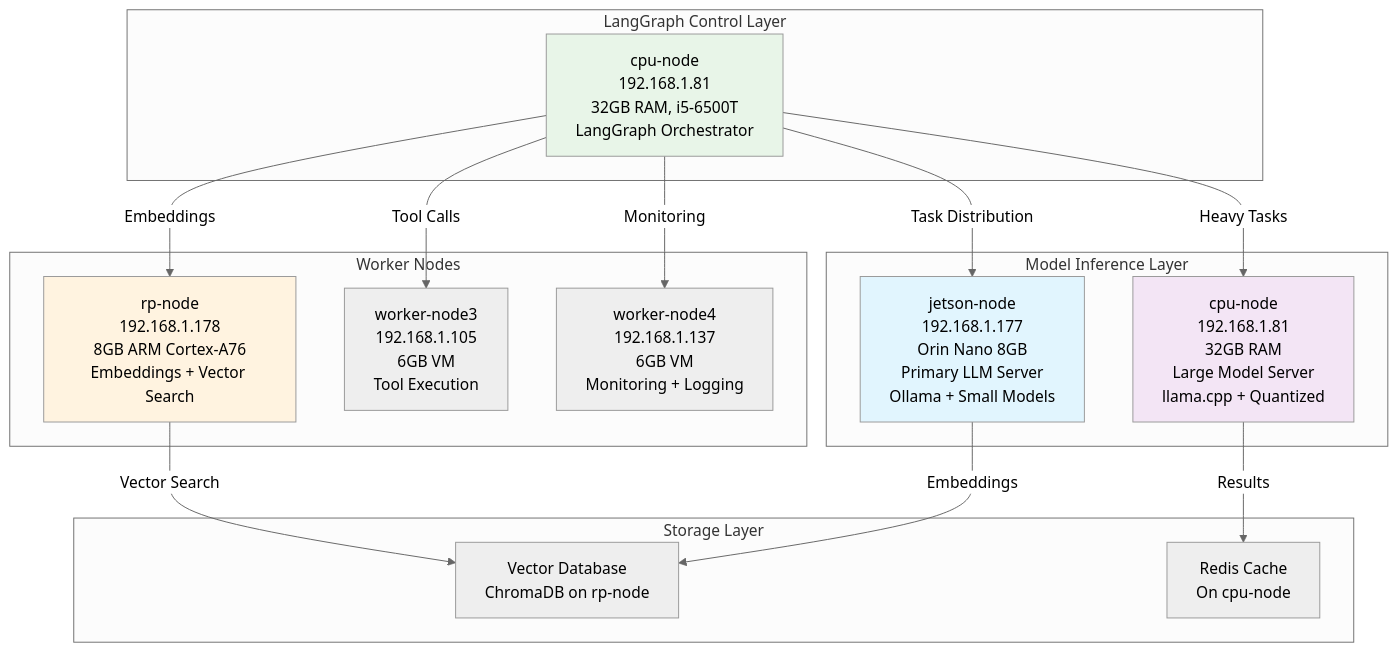
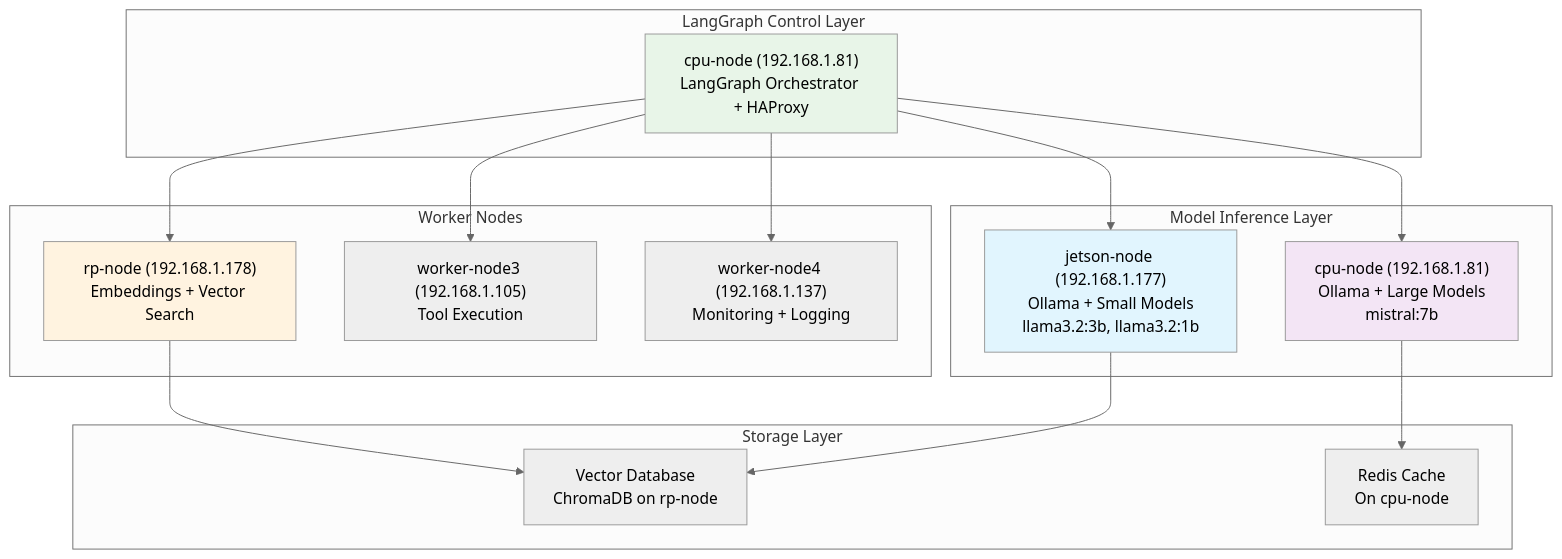
The first of 6 diagrams in docs/architecture_diagrams.md (pavelkushtia/LangGraph), drawn with Mermaid (neutral theme) before and after one commit. The commit also changed other lines of this file and 2 other files, not shown here.

Commit message:
embeddings docs

````diff
--- a/docs/architecture_diagrams.md
+++ b/docs/architecture_diagrams.md
@@ -7,37 +7,37 @@
 ```mermaid
 graph TB
     subgraph "LangGraph Control Layer"
-        LG[cpu-node<br/>192.168.1.81<br/>32GB RAM, i5-6500T<br/>LangGraph Orchestrator]
+        LG["cpu-node (192.168.1.81)<br/>LangGraph Orchestrator + HAProxy"]
     end
     
     subgraph "Model Inference Layer"
-        JO[jetson-node<br/>192.168.1.177<br/>Orin Nano 8GB<br/>Primary LLM Server<br/>Ollama + Small Models]
-        CPU32[cpu-node<br/>192.168.1.81<br/>32GB RAM<br/>Large Model Server<br/>llama.cpp + Quantized]
+        JO["jetson-node (192.168.1.177)<br/>Ollama + Small Models<br/>llama3.2:3b, llama3.2:1b"]
+        CPU32["cpu-node (192.168.1.81)<br/>Ollama + Large Models<br/>mistral:7b"]
     end
     
     subgraph "Worker Nodes"
-        RPI[rp-node<br/>192.168.1.178<br/>8GB ARM Cortex-A76<br/>Embeddings + Vector Search]
-        W3[worker-node3<br/>192.168.1.105<br/>6GB VM<br/>Tool Execution]
-        W4[worker-node4<br/>192.168.1.137<br/>6GB VM<br/>Monitoring + Logging]
+        RPI["rp-node (192.168.1.178)<br/>Embeddings + Vector Search"]
+        W3["worker-node3 (192.168.1.105)<br/>Tool Execution"]
+        W4["worker-node4 (192.168.1.137)<br/>Monitoring + Logging"]
     end
     
     subgraph "Storage Layer"
-        VDB[Vector Database<br/>ChromaDB on rp-node]
-        CACHE[Redis Cache<br/>On cpu-node]
+        VDB["Vector Database<br/>ChromaDB on rp-node"]
+        CACHE["Redis Cache<br/>On cpu-node"]
     end
     
-    LG -->|Task Distribution| JO
-    LG -->|Heavy Tasks| CPU32
-    LG -->|Embeddings| RPI
-    LG -->|Tool Calls| W3
-    LG -->|Monitoring| W4
+    LG --> JO
+    LG --> CPU32
+    LG --> RPI
+    LG --> W3
+    LG --> W4
     
-    JO -->|Embeddings| VDB
-    CPU32 -->|Results| CACHE
-    RPI -->|Vector Search| VDB
+    JO --> VDB
+    CPU32 --> CACHE
+    RPI --> VDB
     
     style JO fill:#e1f5fe
     style CPU32 fill:#f3e5f5
     style LG fill:#e8f5e8
     style RPI fill:#fff3e0
 ```
````
